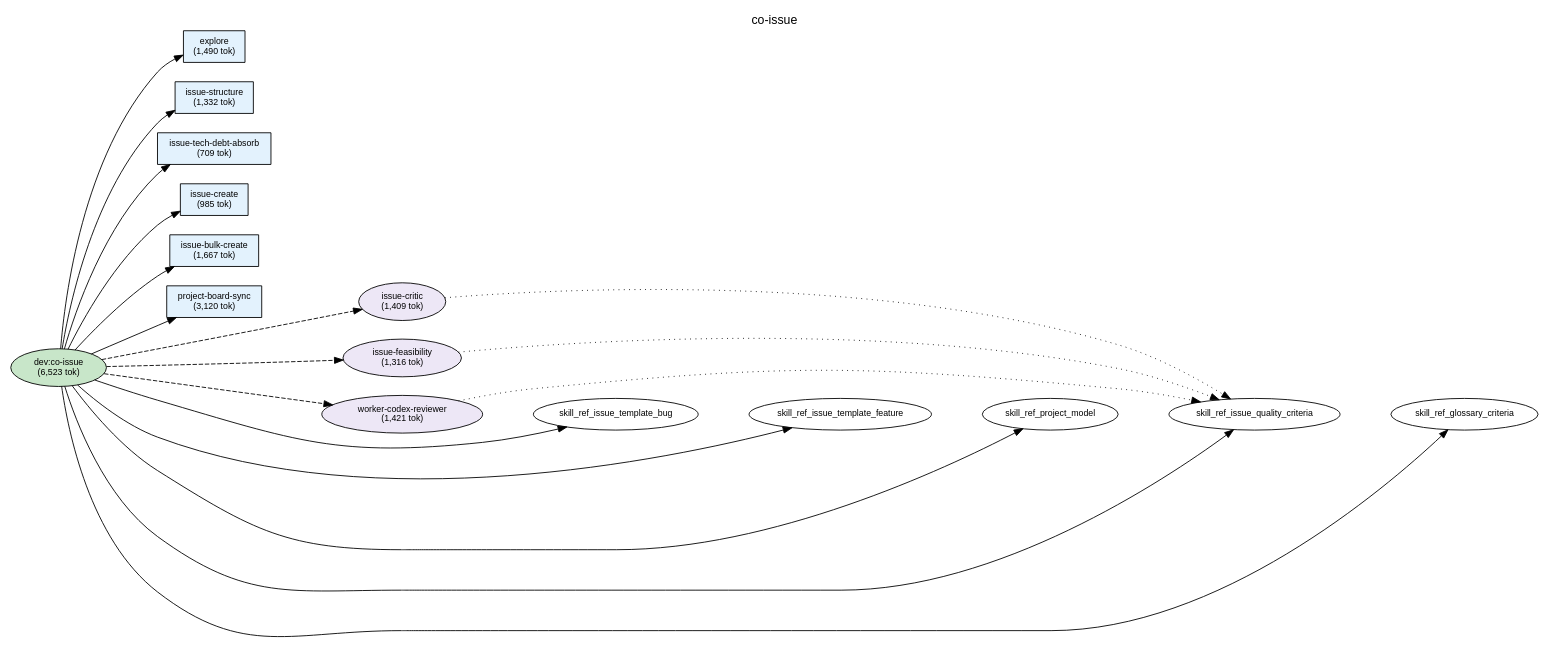
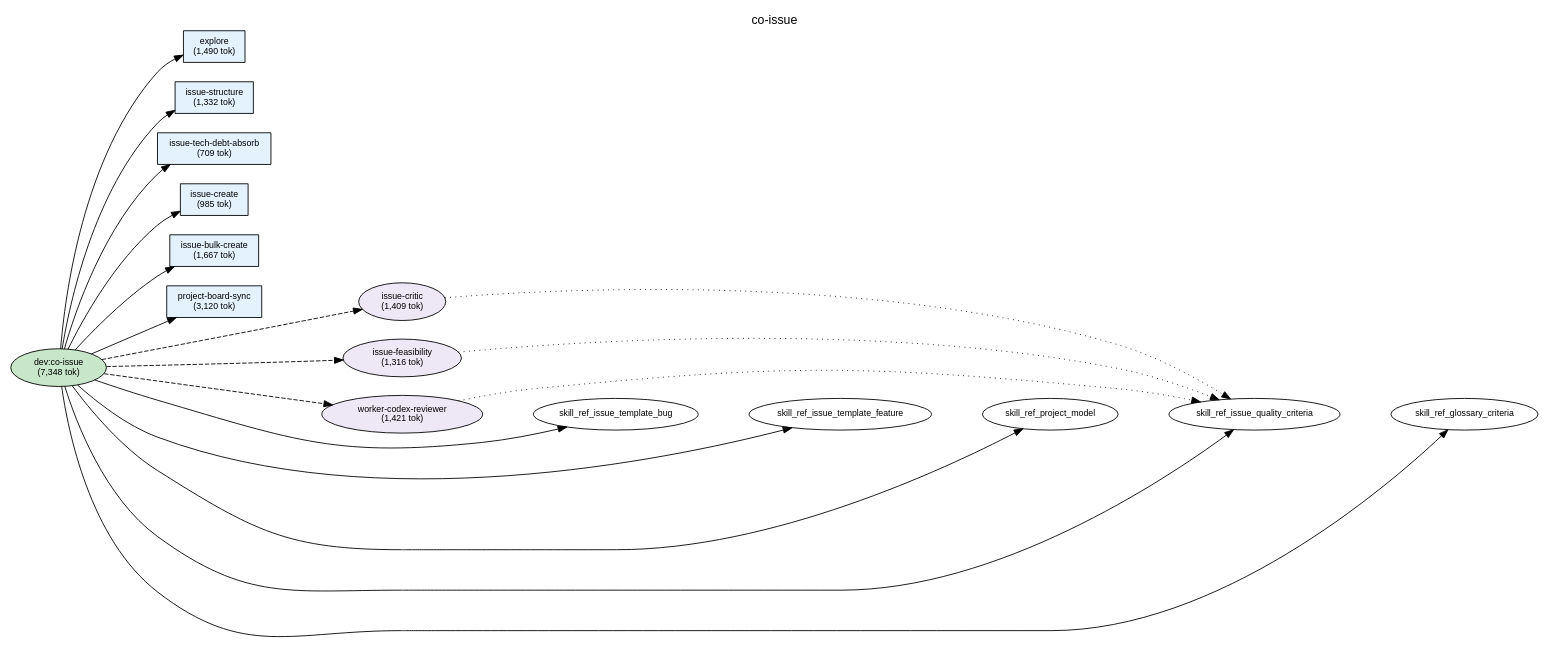
One commit to shuu5/twill changed the diagram in plugins/dev/docs/deps-co-issue.dot. Above: the diagram before and after it, drawn with Graphviz. The commit also changed 9 other files, not shown here.

First line of the commit message:
[Feature] co-issue に Architecture Drift Detection（Step 3.5）を追加する (#256)

```diff
--- a/plugins/dev/docs/deps-co-issue.dot
+++ b/plugins/dev/docs/deps-co-issue.dot
@@ -1,80 +1,80 @@
 digraph Dependencies {
     // Graph settings
     rankdir=LR;
     ranksep=0.8;
     nodesep=0.3;
     fontname="Helvetica";
     node [fontname="Helvetica", fontsize=10];
     edge [fontname="Helvetica", fontsize=9];
     label="co-issue";
     labelloc=t;
     fontsize=14;
 
     // L0: Controller Skills
-    skill_co_issue [label="dev:co-issue\n(6,523 tok)", shape=ellipse, style=filled, fillcolor="#c8e6c9"];
+    skill_co_issue [label="dev:co-issue\n(7,348 tok)", shape=ellipse, style=filled, fillcolor="#c8e6c9"];
 
     // L0: Launchers
 
     // L0.5: Workflow Skills
 
     // Reference Skills
 
     // L1: Direct Commands
     cmd_issue_structure [label="issue-structure\n(1,332 tok)", shape=box, style=filled, fillcolor="#e3f2fd"];
     cmd_issue_create [label="issue-create\n(985 tok)", shape=box, style=filled, fillcolor="#e3f2fd"];
     cmd_issue_bulk_create [label="issue-bulk-create\n(1,667 tok)", shape=box, style=filled, fillcolor="#e3f2fd"];
     cmd_issue_tech_debt_absorb [label="issue-tech-debt-absorb\n(709 tok)", shape=box, style=filled, fillcolor="#e3f2fd"];
     cmd_project_board_sync [label="project-board-sync\n(3,120 tok)", shape=box, style=filled, fillcolor="#e3f2fd"];
     cmd_explore [label="explore\n(1,490 tok)", shape=box, style=filled, fillcolor="#e3f2fd"];
 
     // L2: Sub Commands
 
     // L3: Agents
     agent_issue_critic [label="issue-critic\n(1,409 tok)", shape=ellipse, style=filled, fillcolor="#ede7f6"];
     agent_issue_feasibility [label="issue-feasibility\n(1,316 tok)", shape=ellipse, style=filled, fillcolor="#ede7f6"];
     agent_worker_codex_reviewer [label="worker-codex-reviewer\n(1,421 tok)", shape=ellipse, style=filled, fillcolor="#ede7f6"];
 
     // L3.5: Scripts
 
     // L4: External
 
     // Layer constraints
     { rank=same; skill_co_issue; }
     { rank=same; cmd_issue_structure; cmd_issue_create; cmd_issue_bulk_create; cmd_issue_tech_debt_absorb; cmd_project_board_sync; cmd_explore; }
     { rank=same; agent_issue_critic; agent_issue_feasibility; agent_worker_codex_reviewer; }
 
     // Edges
     skill_co_issue -> cmd_explore;
     skill_co_issue -> cmd_issue_structure;
     skill_co_issue -> cmd_issue_tech_debt_absorb;
     skill_co_issue -> cmd_issue_create;
     skill_co_issue -> cmd_issue_bulk_create;
     skill_co_issue -> cmd_project_board_sync;
     skill_co_issue -> agent_issue_critic [style=dashed];
     skill_co_issue -> agent_issue_feasibility [style=dashed];
     skill_co_issue -> agent_worker_codex_reviewer [style=dashed];
     skill_co_issue -> skill_ref_issue_template_bug;
     skill_co_issue -> skill_ref_issue_template_feature;
     skill_co_issue -> skill_ref_project_model;
     skill_co_issue -> skill_ref_issue_quality_criteria;
     skill_co_issue -> skill_ref_glossary_criteria;
     agent_issue_critic -> skill_ref_issue_quality_criteria [style=dotted];
     agent_issue_feasibility -> skill_ref_issue_quality_criteria [style=dotted];
     agent_worker_codex_reviewer -> skill_ref_issue_quality_criteria [style=dotted];
 
     // Ordering constraints (invisible edges)
     cmd_explore -> cmd_issue_structure [style=invis, weight=10];
     cmd_issue_structure -> cmd_issue_tech_debt_absorb [style=invis, weight=10];
     cmd_issue_tech_debt_absorb -> cmd_issue_create [style=invis, weight=10];
     cmd_issue_create -> cmd_issue_bulk_create [style=invis, weight=10];
     cmd_issue_bulk_create -> cmd_project_board_sync [style=invis, weight=10];
     cmd_project_board_sync -> agent_issue_critic [style=invis, weight=10];
     agent_issue_critic -> agent_issue_feasibility [style=invis, weight=10];
     agent_issue_feasibility -> agent_worker_codex_reviewer [style=invis, weight=10];
     agent_worker_codex_reviewer -> skill_ref_issue_template_bug [style=invis, weight=10];
     skill_ref_issue_template_bug -> skill_ref_issue_template_feature [style=invis, weight=10];
     skill_ref_issue_template_feature -> skill_ref_project_model [style=invis, weight=10];
     skill_ref_project_model -> skill_ref_issue_quality_criteria [style=invis, weight=10];
     skill_ref_issue_quality_criteria -> skill_ref_glossary_criteria [style=invis, weight=10];
 
 }
```
